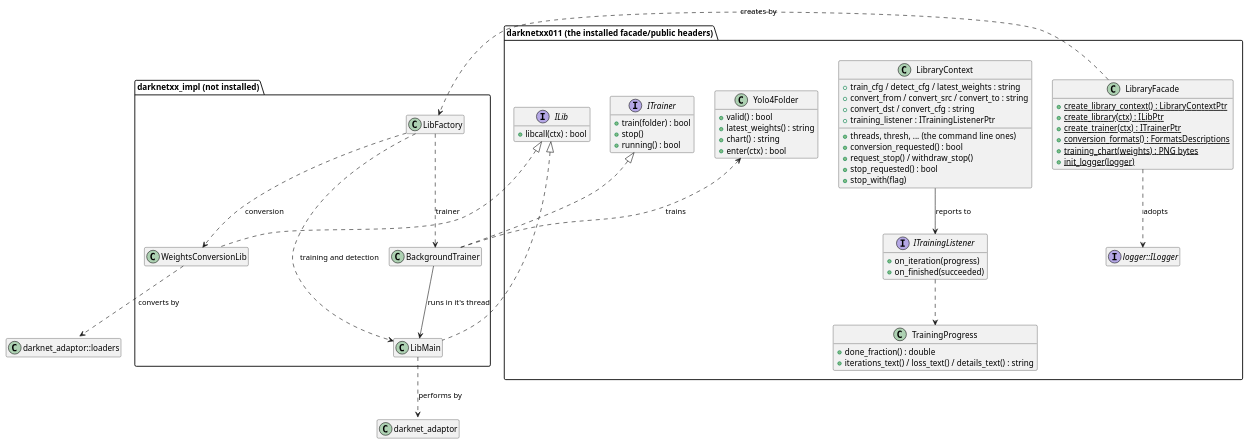
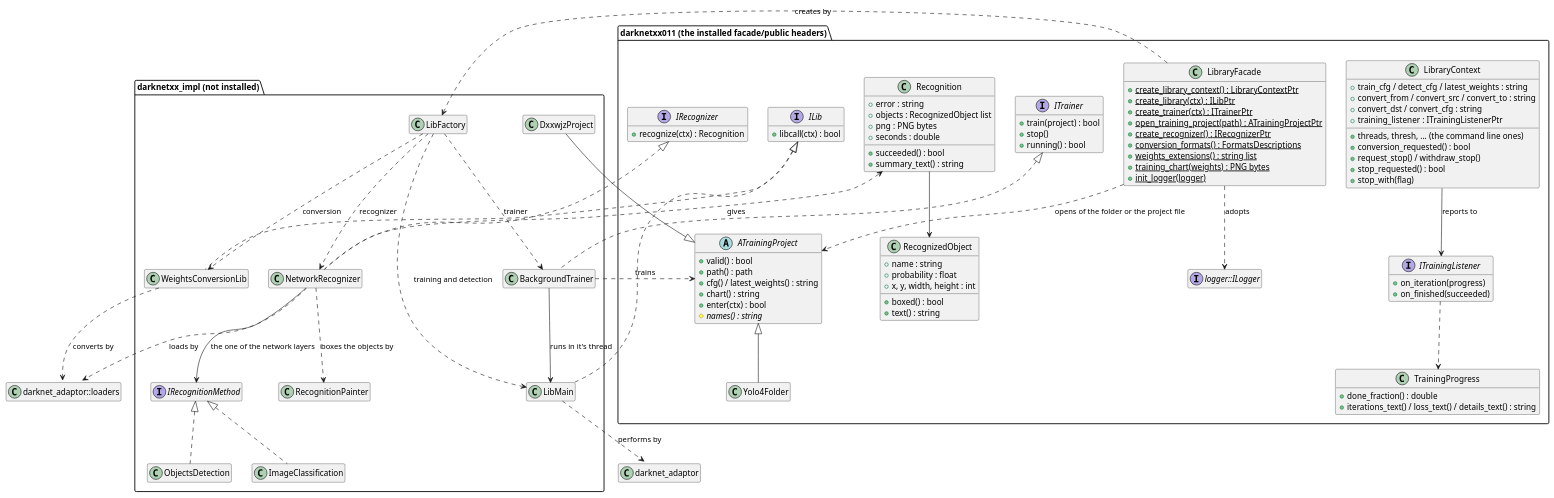
One commit to yuriysydor1991/darknetxx changed the diagram in doc/sections/en_US/4-7-5-the-darknetxx-library.md. Above: the diagram before and after it, drawn with PlantUML. The commit also changed other lines of this file and 40 other files, not shown here.

```diff
--- a/doc/sections/en_US/4-7-5-the-darknetxx-library.md
+++ b/doc/sections/en_US/4-7-5-the-darknetxx-library.md
@@ -22,7 +23,10 @@
     +{static} create_library_context() : LibraryContextPtr
     +{static} create_library(ctx) : ILibPtr
     +{static} create_trainer(ctx) : ITrainerPtr
+    +{static} open_training_project(path) : ATrainingProjectPtr
+    +{static} create_recognizer() : IRecognizerPtr
     +{static} conversion_formats() : FormatsDescriptions
+    +{static} weights_extensions() : string list
     +{static} training_chart(weights) : PNG bytes
     +{static} init_logger(logger)
   }
@@ -44,7 +48,7 @@
   }
 
   interface ITrainer {
-    +train(folder) : bool
+    +train(project) : bool
     +stop()
     +running() : bool
   }
@@ -59,11 +63,36 @@
     +iterations_text() / loss_text() / details_text() : string
   }
 
-  class Yolo4Folder {
+  abstract class ATrainingProject {
     +valid() : bool
-    +latest_weights() : string
+    +path() : path
+    +cfg() / latest_weights() : string
     +chart() : string
     +enter(ctx) : bool
+    #{abstract} names() : string
+  }
+
+  class Yolo4Folder
+
+  interface IRecognizer {
+    +recognize(ctx) : Recognition
+  }
+
+  class Recognition {
+    +error : string
+    +objects : RecognizedObject list
+    +png : PNG bytes
+    +seconds : double
+    +succeeded() : bool
+    +summary_text() : string
+  }
+
+  class RecognizedObject {
+    +name : string
+    +probability : float
+    +x, y, width, height : int
+    +boxed() : bool
+    +text() : string
   }
 
   interface "logger::ILogger" as ILogger
@@ -74,20 +103,38 @@
   class LibMain
   class WeightsConversionLib
   class BackgroundTrainer
+  class DxxwjzProject
+  class NetworkRecognizer
+  interface IRecognitionMethod
+  class ObjectsDetection
+  class ImageClassification
+  class RecognitionPainter
 }
 
 ILib <|.. LibMain
 ILib <|.. WeightsConversionLib
 ITrainer <|.. BackgroundTrainer
+IRecognizer <|.. NetworkRecognizer
+IRecognitionMethod <|.. ObjectsDetection
+IRecognitionMethod <|.. ImageClassification
 LibraryFacade ..> LibFactory : creates by
 LibFactory ..> LibMain : training and detection
 LibFactory ..> WeightsConversionLib : conversion
 LibFactory ..> BackgroundTrainer : trainer
+LibFactory ..> NetworkRecognizer : recognizer
+NetworkRecognizer --> IRecognitionMethod : the one of the network layers
+NetworkRecognizer ..> RecognitionPainter : boxes the objects by
+NetworkRecognizer ..> "darknet_adaptor::loaders::OrigDefaultLoader" : loads by
+NetworkRecognizer ..> Recognition : gives
+Recognition --> RecognizedObject
 BackgroundTrainer --> LibMain : runs in it's thread
 LibMain ..> "darknet_adaptor::DarknetController" : performs by
 WeightsConversionLib ..> "darknet_adaptor::loaders::WeightsConverter" : converts by
 LibraryContext --> ITrainingListener : reports to
 ITrainingListener ..> TrainingProgress
-BackgroundTrainer ..> Yolo4Folder : trains
+ATrainingProject <|-- Yolo4Folder
+ATrainingProject <|-- DxxwjzProject
+LibraryFacade ..> ATrainingProject : opens of the folder or the project file
+BackgroundTrainer ..> ATrainingProject : trains
 LibraryFacade ..> ILogger : adopts
 @enduml
```
